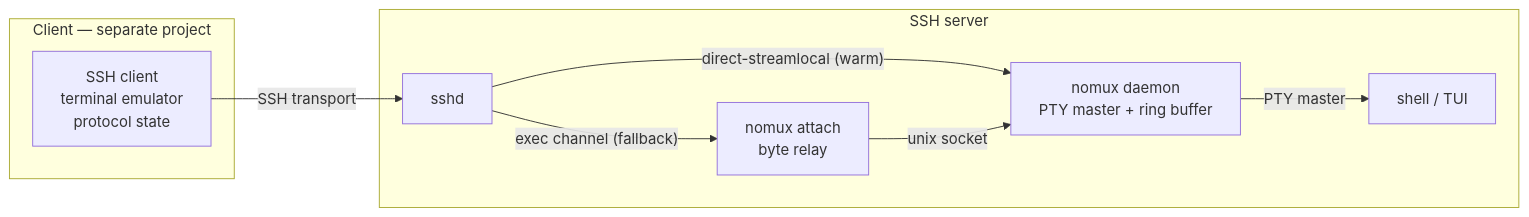
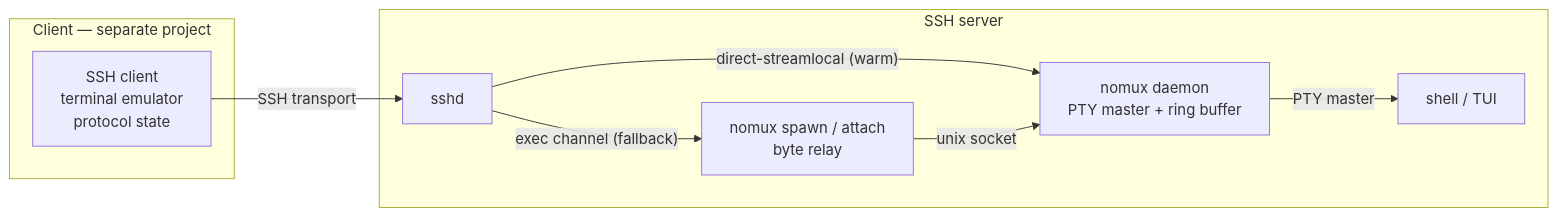
The first of 4 diagrams in DESIGN.md (fornwall/nomux), drawn with Mermaid before and after one commit. The commit also changed other lines of this file and 38 other files, not shown here.

````diff
--- a/DESIGN.md
+++ b/DESIGN.md
@@ -88,19 +88,19 @@
 ```mermaid
 flowchart LR
   subgraph client["Client — separate project"]
     APP["SSH client<br/>terminal emulator<br/>protocol state"]
   end
 
   subgraph server["SSH server"]
     SSHD["sshd"]
-    RELAY["nomux attach<br/>byte relay"]
+    RELAY["nomux spawn / attach<br/>byte relay"]
     DAEMON["nomux daemon<br/>PTY master + ring buffer"]
     CHILD["shell / TUI"]
   end
 
   APP -- "SSH transport" --> SSHD
   SSHD -- "direct-streamlocal (warm)" --> DAEMON
   SSHD -- "exec channel (fallback)" --> RELAY
   RELAY -- "unix socket" --> DAEMON
   DAEMON -- "PTY master" --> CHILD
 ```
````
